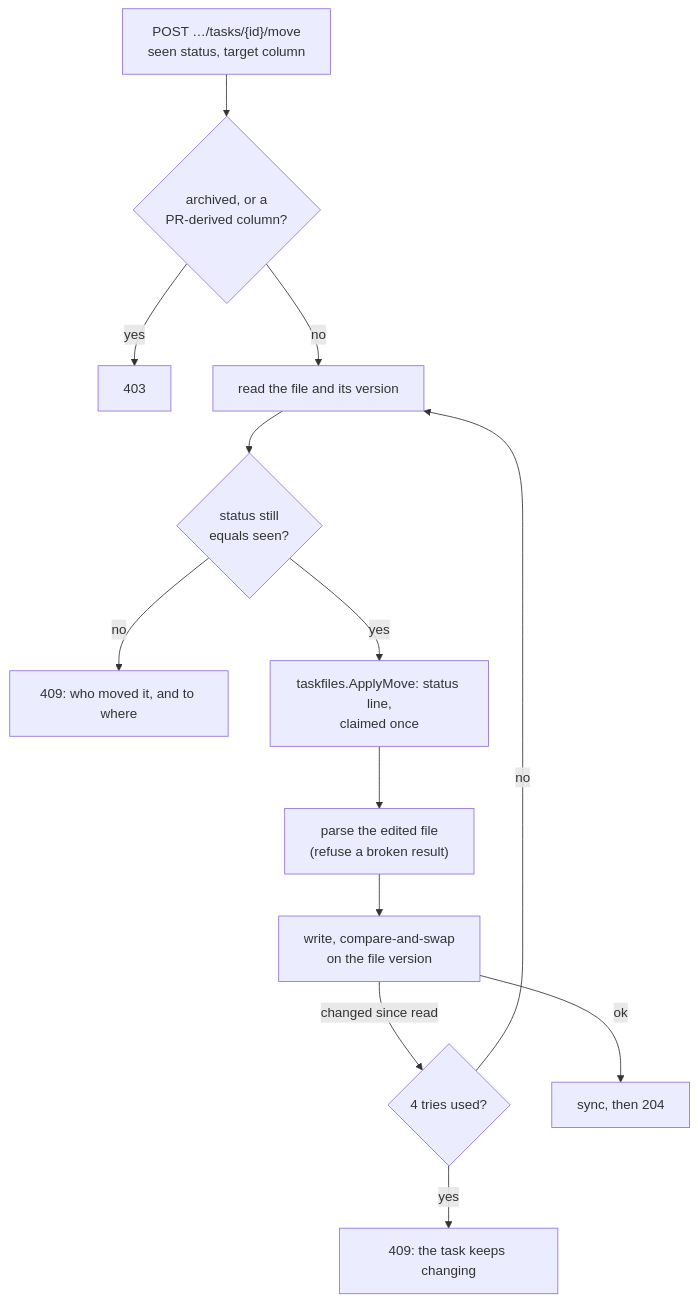
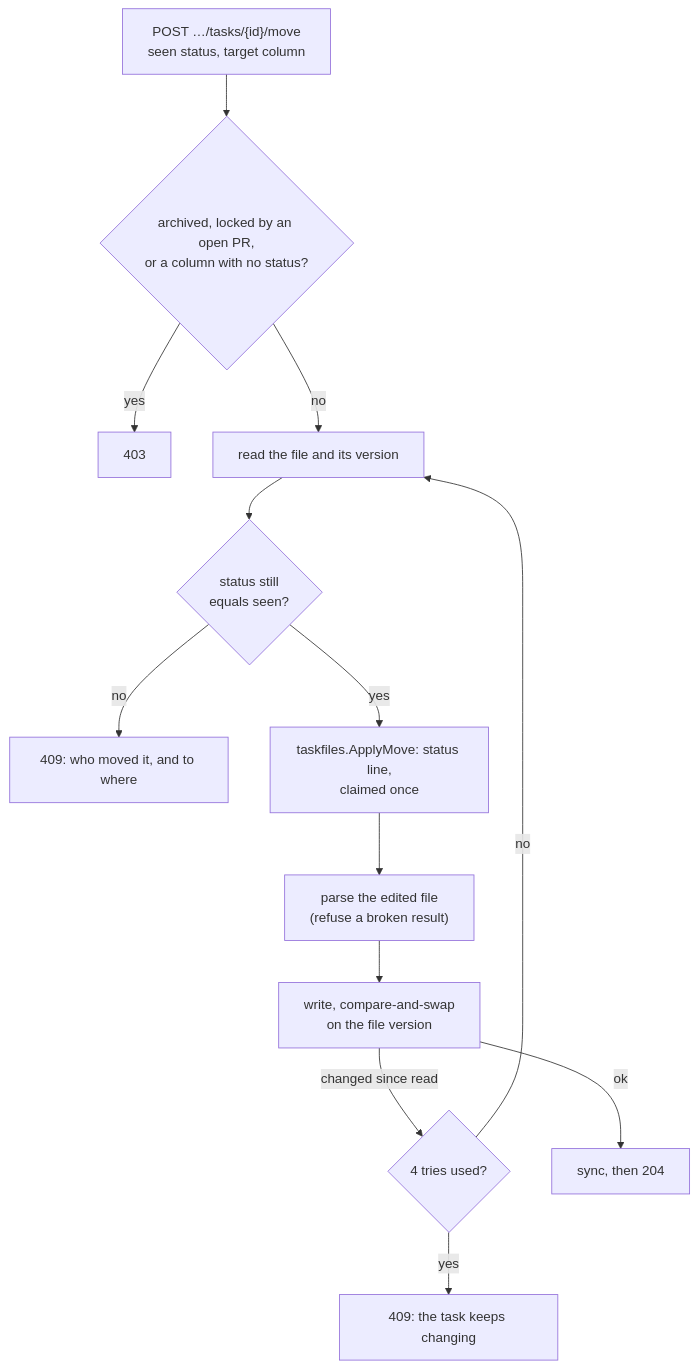
One commit to milos-sikic-nimbus-tech/fuda changed the sixth of 6 diagrams in docs/architecture.md. Above: the diagram before and after it, drawn with Mermaid. The commit also changed other lines of this file and 11 other files, not shown here.

````diff
--- a/docs/architecture.md
+++ b/docs/architecture.md
@@ -299,13 +302,13 @@
 ```mermaid
 flowchart TD
-  R["POST …/tasks/{id}/move<br/>seen status, target column"] --> C{"archived, or a<br/>PR-derived column?"}
+  R["POST …/tasks/{id}/move<br/>seen status, target column"] --> C{"archived, locked by an open PR,<br/>or a column with no status?"}
   C -- yes --> F["403"]
   C -- no --> READ["read the file and its version"]
   READ --> SAME{"status still<br/>equals seen?"}
   SAME -- no --> L["409: who moved it, and to where"]
   SAME -- yes --> EDIT["taskfiles.ApplyMove: status line,<br/>claimed once"] --> PARSE["parse the edited file<br/>(refuse a broken result)"] --> W["write, compare-and-swap<br/>on the file version"]
   W -- changed since read --> N{"4 tries used?"}
   N -- no --> READ
   N -- yes --> L2["409: the task keeps changing"]
   W -- ok --> SYNC["sync, then 204"]
 ```
````
